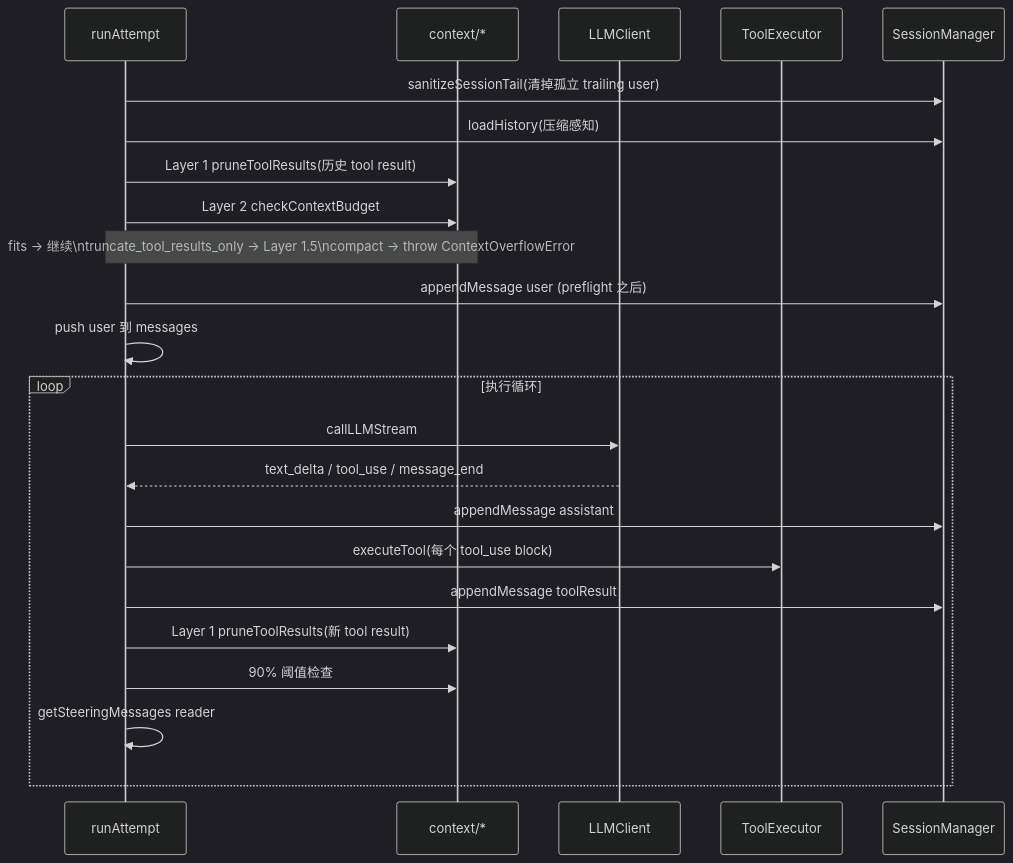
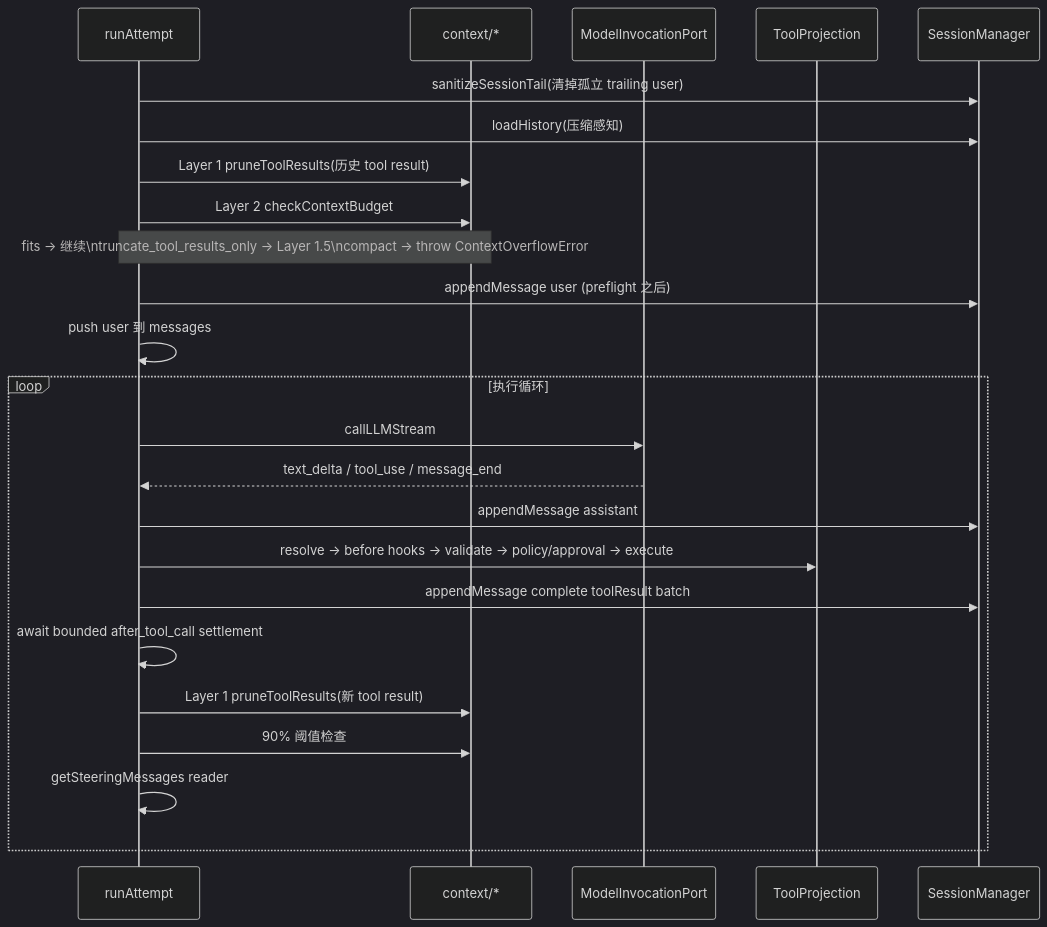
One commit to luciferwww/my-agent changed the second of 2 diagrams in docs/architecture/current/core_runner.md. Above: the diagram before and after it, drawn with Mermaid (dark theme). The commit also changed other lines of this file and 10 other files, not shown here.

````diff
--- a/docs/architecture/current/core_runner.md
+++ b/docs/architecture/current/core_runner.md
@@ -177,26 +178,27 @@
 ```mermaid
 sequenceDiagram
     participant RA as runAttempt
     participant CTX as context/*
-    participant LLM as LLMClient
-    participant TOOL as ToolExecutor
+    participant LLM as ModelInvocationPort
+    participant TOOL as ToolProjection
     participant SESS as SessionManager
 
     RA->>SESS: sanitizeSessionTail(清掉孤立 trailing user)
     RA->>SESS: loadHistory(压缩感知)
     RA->>CTX: Layer 1 pruneToolResults(历史 tool result)
     RA->>CTX: Layer 2 checkContextBudget
     note over RA,CTX: fits → 继续\ntruncate_tool_results_only → Layer 1.5\ncompact → throw ContextOverflowError
     RA->>SESS: appendMessage user (preflight 之后)
     RA->>RA: push user 到 messages
     loop 执行循环
         RA->>LLM: callLLMStream
         LLM-->>RA: text_delta / tool_use / message_end
         RA->>SESS: appendMessage assistant
-        RA->>TOOL: executeTool(每个 tool_use block)
-        RA->>SESS: appendMessage toolResult
+        RA->>TOOL: resolve → before hooks → validate → policy/approval → execute
+        RA->>SESS: appendMessage complete toolResult batch
+        RA->>RA: await bounded after_tool_call settlement
         RA->>CTX: Layer 1 pruneToolResults(新 tool result)
         RA->>CTX: 90% 阈值检查
         RA->>RA: getSteeringMessages reader
     end
 ```
````
